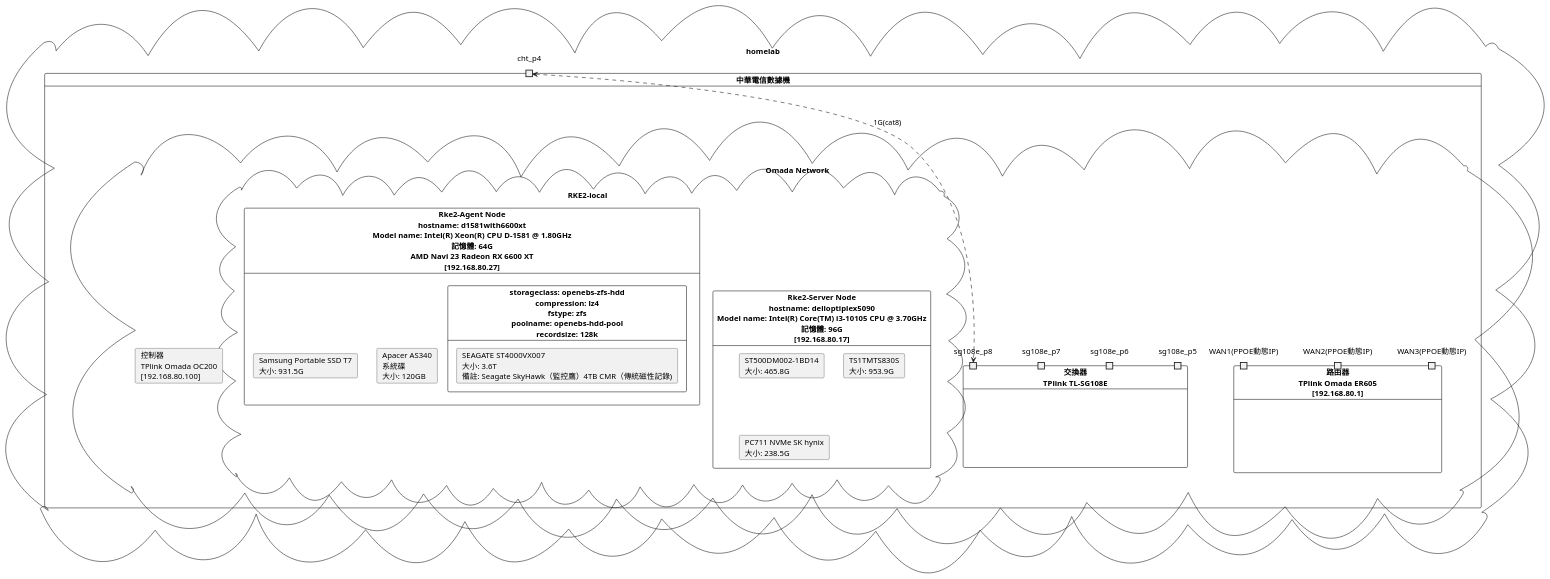
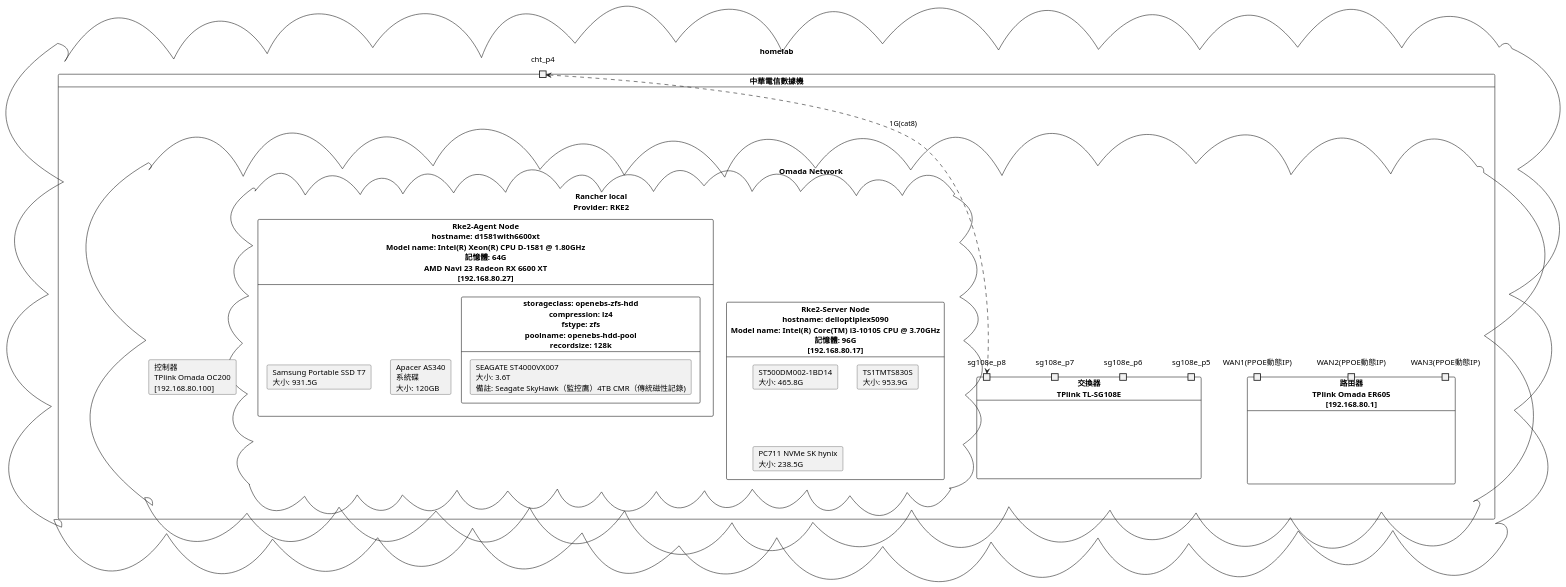
One commit to ziyi-bear/fleet-rke2-homelab changed the diagram in README.md. Above: the diagram before and after it, drawn with PlantUML.

Commit message:
docs: update README with project information and deployment instructions

````diff
--- a/README.md
+++ b/README.md
@@ -87,40 +87,40 @@
 ```plantuml
 @startuml
 cloud "homelab" {
   card "中華電信數據機" {
     port cht_p4
 
     cloud "Omada Network" {
       card "路由器\nTPlink Omada ER605\n[192.168.80.1]" {
         port "WAN1(PPOE動態IP)" as wan1
         port "WAN2(PPOE動態IP)" as wan2
         port "WAN3(PPOE動態IP)" as wan3
       }
       card "控制器\nTPlink Omada OC200\n[192.168.80.100]"
       card "交換器\nTPlink TL-SG108E" {
         port sg108e_p8
         port sg108e_p7
         port sg108e_p6
         port sg108e_p5
       }
-      cloud "RKE2-local" {
+      cloud "Rancher local\nProvider: RKE2" {
         card "Rke2-Server Node\nhostname: delloptiplex5090\nModel name: Intel(R) Core(TM) i3-10105 CPU @ 3.70GHz\n記憶體: 96G\n[192.168.80.17]" {
           card "ST500DM002-1BD14\n大小: 465.8G"
           card "TS1TMTS830S\n大小: 953.9G"
           card "PC711 NVMe SK hynix\n大小: 238.5G"
         }
         card "Rke2-Agent Node\nhostname: d1581with6600xt\nModel name: Intel(R) Xeon(R) CPU D-1581 @ 1.80GHz\n記憶體: 64G\nAMD Navi 23 Radeon RX 6600 XT\n[192.168.80.27]" {
           card "Apacer AS340\n系統碟\n大小: 120GB"
           card "storageclass: openebs-zfs-hdd\ncompression: lz4\nfstype: zfs\npoolname: openebs-hdd-pool\nrecordsize: 128k" {
             card "SEAGATE ST4000VX007\n大小: 3.6T\n備註: Seagate SkyHawk（監控鷹）4TB CMR（傳統磁性記錄)"
           }
           card "Samsung Portable SSD T7\n大小: 931.5G"
         }
       }
     }
   }
 }
 
 cht_p4 <-.-> sg108e_p8 : 1G(cat8)
 @enduml
 ```
````
